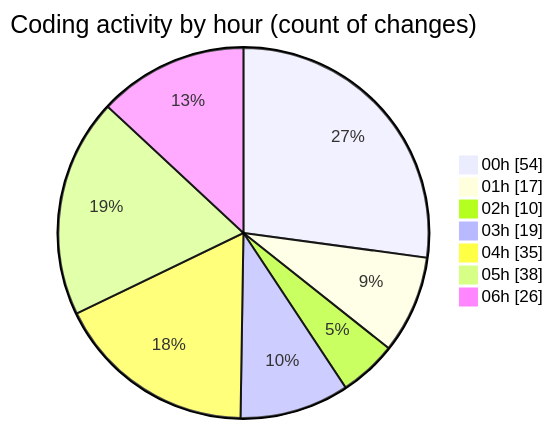
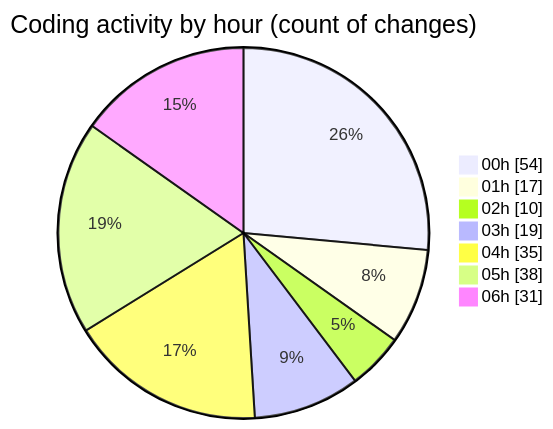
The second of 2 diagrams in 2025-07-26/quanlyrapchieuphim-1/README.md (lephambinh05/code-tracking), drawn with Mermaid before and after one commit. The commit also changed other lines of this file and 1 other file, not shown here.

````diff
--- a/2025-07-26/quanlyrapchieuphim-1/README.md
+++ b/2025-07-26/quanlyrapchieuphim-1/README.md
@@ -53,11 +53,11 @@
 ```mermaid
 pie showData
 title Coding activity by hour (count of changes)
 "00h" : 54
 "01h" : 17
 "02h" : 10
 "03h" : 19
 "04h" : 35
 "05h" : 38
-"06h" : 26
+"06h" : 31
 ```
````
